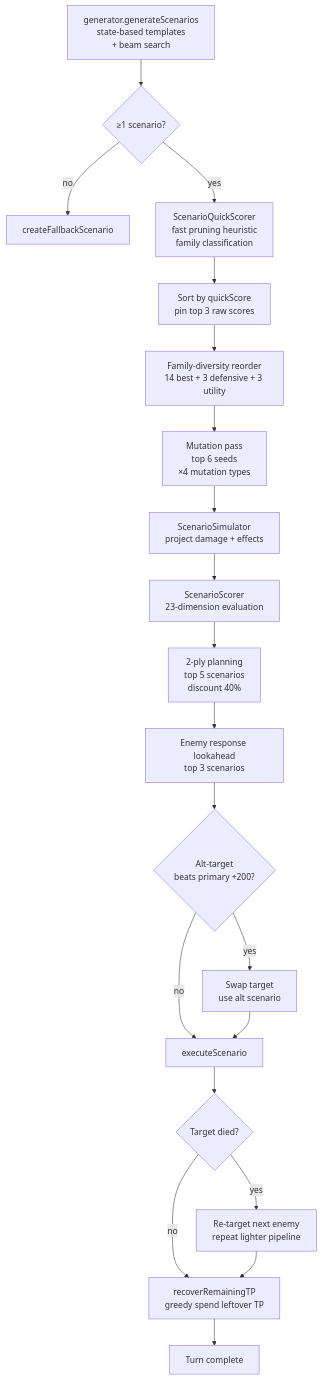
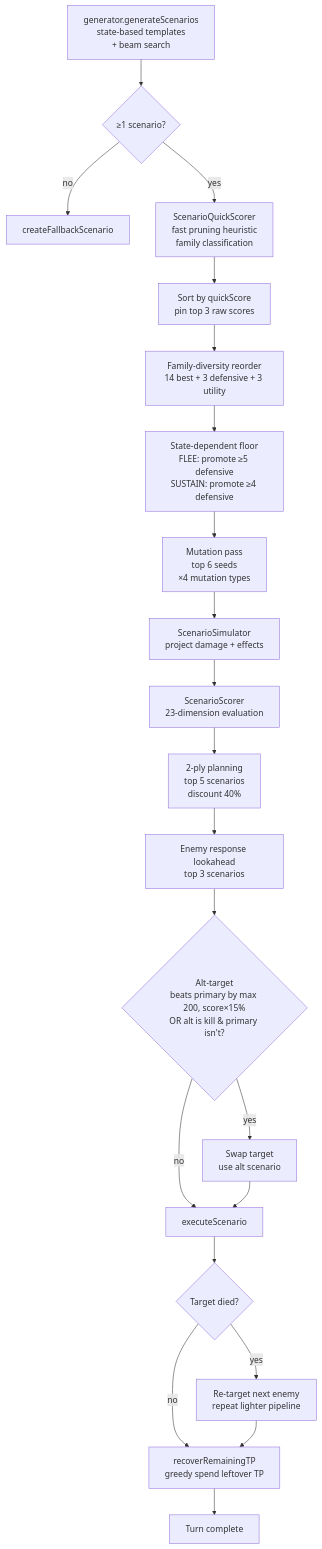
Before and after one commit to tankyx/LeekWars-AI: the third of 8 diagrams in docs/decision_schema.md, drawn with Mermaid. The commit also changed other lines of this file and 7 other files, not shown here.

First line of the commit message:
Phase 1-3: defensive floor, double-antidote pivot, CLEANUP state

````diff
--- a/docs/decision_schema.md
+++ b/docs/decision_schema.md
@@ -92,22 +94,23 @@
 ```mermaid
 flowchart TD
     G[generator.generateScenarios<br/>state-based templates<br/>+ beam search] --> Z{≥1 scenario?}
     Z -->|no| FB[createFallbackScenario]
     Z -->|yes| QS[ScenarioQuickScorer<br/>fast pruning heuristic<br/>family classification]
     QS --> SORT[Sort by quickScore<br/>pin top 3 raw scores]
     SORT --> DIV[Family-diversity reorder<br/>14 best + 3 defensive + 3 utility]
-    DIV --> MUT[Mutation pass<br/>top 6 seeds<br/>×4 mutation types]
+    DIV --> SDF[State-dependent floor<br/>FLEE: promote ≥5 defensive<br/>SUSTAIN: promote ≥4 defensive]
+    SDF --> MUT[Mutation pass<br/>top 6 seeds<br/>×4 mutation types]
     MUT --> SIM[ScenarioSimulator<br/>project damage + effects]
     SIM --> SCR[ScenarioScorer<br/>23-dimension evaluation]
     SCR --> TPL[2-ply planning<br/>top 5 scenarios<br/>discount 40%]
     TPL --> LK[Enemy response lookahead<br/>top 3 scenarios]
-    LK --> ALT{Alt-target<br/>beats primary +200?}
+    LK --> ALT{Alt-target<br/>beats primary by max 200, score×15%<br/>OR alt is kill & primary isn't?}
     ALT -->|yes| SWAP[Swap target<br/>use alt scenario]
     ALT -->|no| EXEC
     SWAP --> EXEC[executeScenario]
     EXEC --> KILLED{Target died?}
     KILLED -->|yes| RT[Re-target next enemy<br/>repeat lighter pipeline]
     KILLED -->|no| REC[recoverRemainingTP<br/>greedy spend leftover TP]
     RT --> REC
     REC --> DONE[Turn complete]
 ```
````
